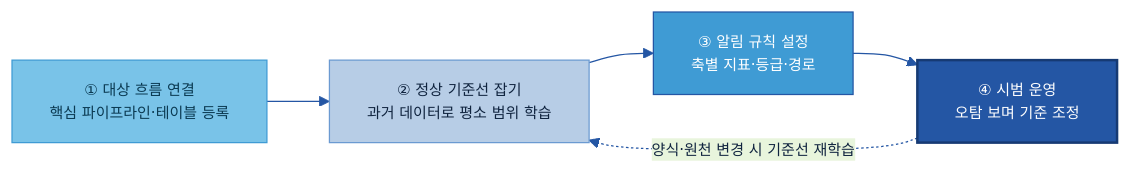
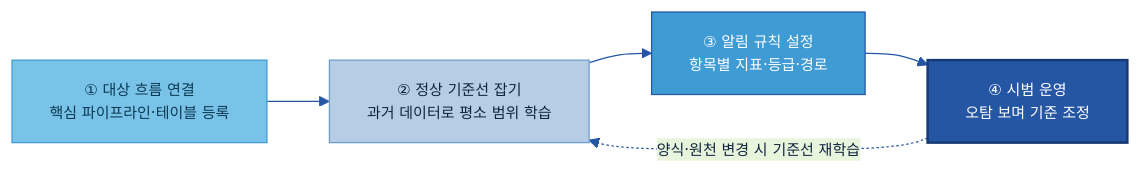
The second of 5 diagrams in 가이드 작성/C-1 Observability/C-1 Observability.md (jin-kearney/ai-ready-data-manual), drawn with Mermaid before and after one commit. The commit also changed other lines of this file, not shown here.

````diff
--- a/가이드 작성/C-1 Observability/C-1 Observability.md
+++ b/가이드 작성/C-1 Observability/C-1 Observability.md
@@ -263,14 +263,14 @@
 ```mermaid
 %%{init: {'theme':'base','themeVariables':{'primaryColor':'#DCE8F5','primaryBorderColor':'#2456A4','primaryTextColor':'#10243f','lineColor':'#2456A4','fontSize':'12px'}}}%%
 flowchart LR
     S1["① 대상 흐름 연결<br/>핵심 파이프라인·테이블 등록"]:::src
     S2["② 정상 기준선 잡기<br/>과거 데이터로 평소 범위 학습"]:::n
-    S3["③ 알림 규칙 설정<br/>축별 지표·등급·경로"]:::gate
+    S3["③ 알림 규칙 설정<br/>항목별 지표·등급·경로"]:::gate
     S4["④ 시범 운영<br/>오탐 보며 기준 조정"]:::cat
     S1 --> S2 --> S3 --> S4
     S4 -.양식·원천 변경 시 기준선 재학습.-> S2
     classDef n fill:#B7CDE6,stroke:#6B9AD1,color:#10243f;
     classDef src fill:#79C3E8,stroke:#3F9BD4,color:#0b3a52;
     classDef gate fill:#3F9BD4,stroke:#2456A4,color:#fff;
     classDef cat fill:#2456A4,color:#fff,stroke:#163a73,stroke-width:2px;
 ```
````
